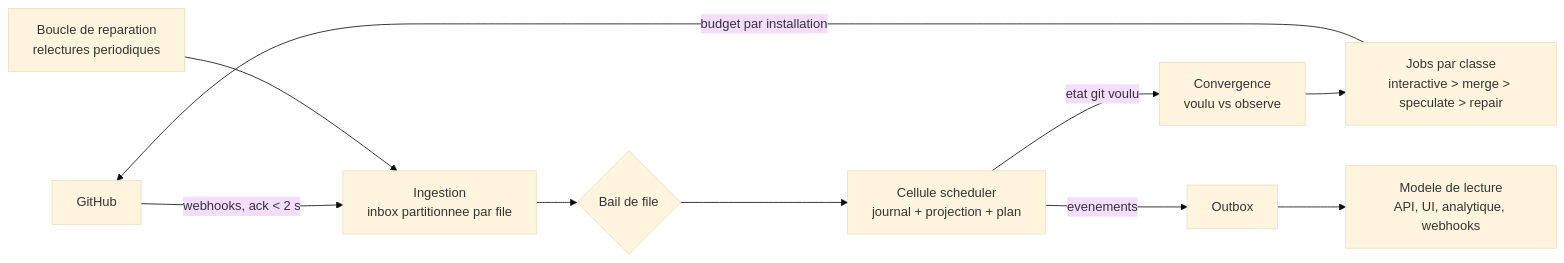
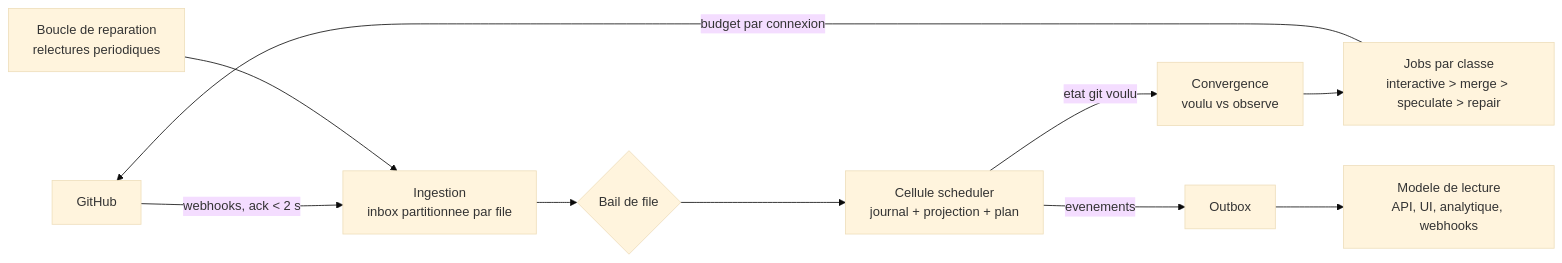
One commit to getcihub/cihub changed the diagram in docs/ARCHITECTURE.md. Above: the diagram before and after it, drawn with Mermaid (base theme). The commit also changed other lines of this file and 5 other files, not shown here.

````diff
--- a/docs/ARCHITECTURE.md
+++ b/docs/ARCHITECTURE.md
@@ -7,12 +7,12 @@
 ```mermaid
 flowchart LR
   GH[GitHub] -->|webhooks, ack < 2 s| IN[Ingestion<br/>inbox partitionnee par file]
   IN --> LEASE{Bail de file}
   LEASE --> CELL[Cellule scheduler<br/>journal + projection + plan]
   CELL -->|etat git voulu| DIFF[Convergence<br/>voulu vs observe]
   DIFF --> JOBS[Jobs par classe<br/>interactive > merge > speculate > repair]
-  JOBS -->|budget par installation| GH
+  JOBS -->|budget par connexion| GH
   REP[Boucle de reparation<br/>relectures periodiques] --> IN
   CELL -->|evenements| OUT[Outbox]
   OUT --> RM[Modele de lecture<br/>API, UI, analytique, webhooks]
 ```
````
